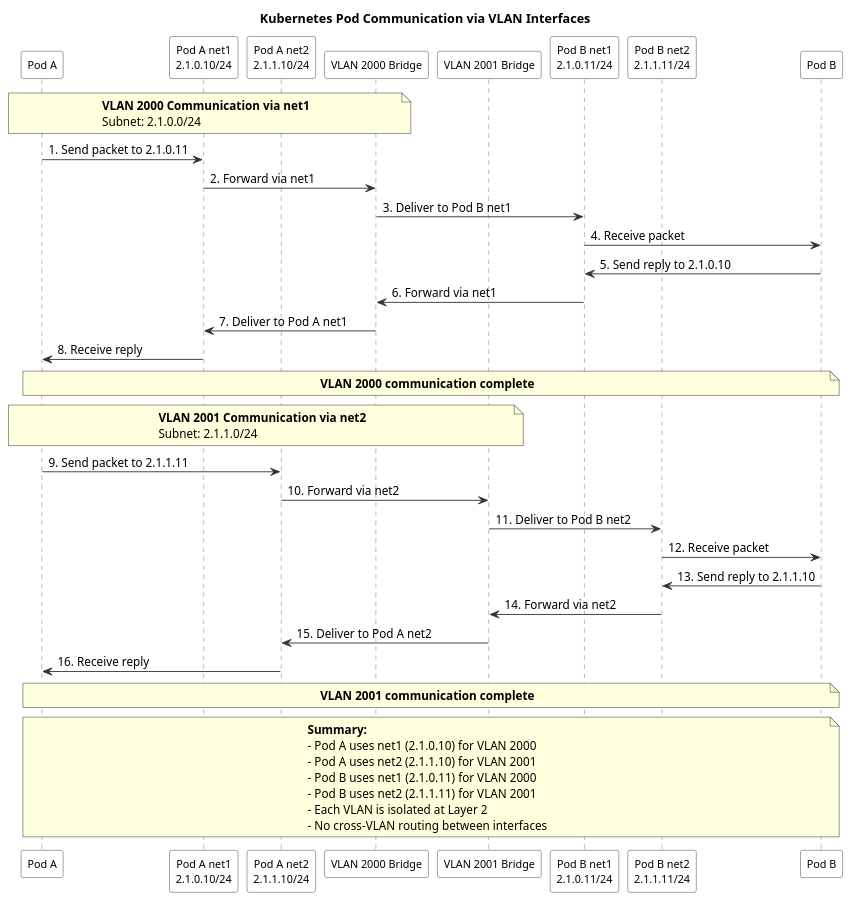
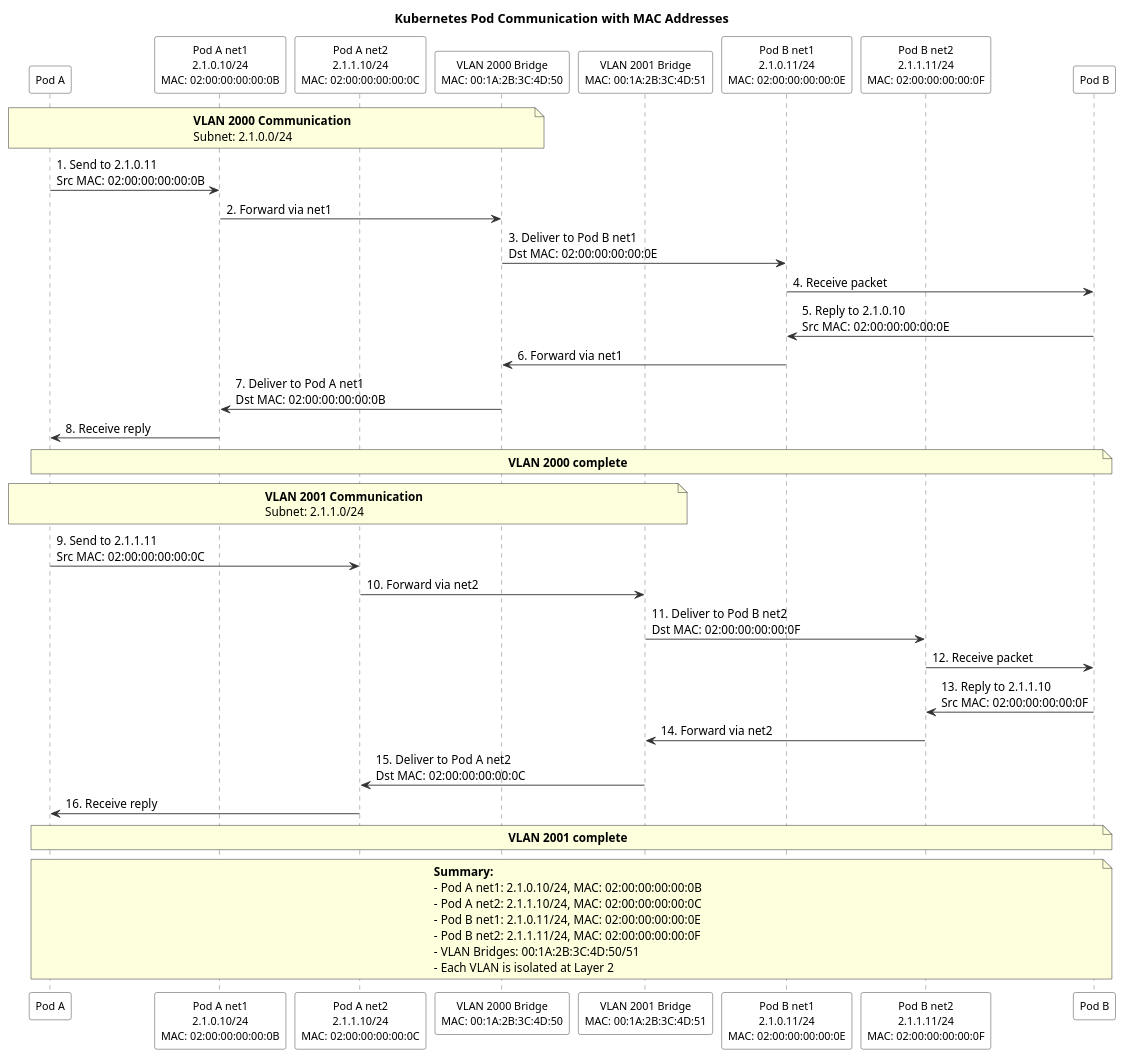
The diagram in implementation-layer/main/macvlan/network-communication-flow.puml (akley-MK4/kube-network), drawn with PlantUML before and after one commit.

```diff
--- a/implementation-layer/main/macvlan/network-communication-flow.puml
+++ b/implementation-layer/main/macvlan/network-communication-flow.puml
@@ -1,61 +1,61 @@
 @startuml
-title Kubernetes Pod Communication via VLAN Interfaces
+title Kubernetes Pod Communication with MAC Addresses
 
 skinparam sequence {
   ArrowColor #333333
   ActorBorderColor #333333
   LifeLineBorderColor #666666
   LifeLineBackgroundColor #F5F5F5
   ParticipantBorderColor #333333
   ParticipantBackgroundColor #FFFFFF
   ParticipantFontSize 12
 }
 
-' Define participants with network interfaces
+' Define participants with network interfaces and MAC addresses
 participant "Pod A" as PodA
-participant "Pod A net1\n2.1.0.10/24" as PodA_net1
-participant "Pod A net2\n2.1.1.10/24" as PodA_net2
-participant "VLAN 2000 Bridge" as VLAN2000
-participant "VLAN 2001 Bridge" as VLAN2001
-participant "Pod B net1\n2.1.0.11/24" as PodB_net1
-participant "Pod B net2\n2.1.1.11/24" as PodB_net2
+participant "Pod A net1\n2.1.0.10/24\nMAC: 02:00:00:00:00:0B" as PodA_net1
+participant "Pod A net2\n2.1.1.10/24\nMAC: 02:00:00:00:00:0C" as PodA_net2
+participant "VLAN 2000 Bridge\nMAC: 00:1A:2B:3C:4D:50" as VLAN2000
+participant "VLAN 2001 Bridge\nMAC: 00:1A:2B:3C:4D:51" as VLAN2001
+participant "Pod B net1\n2.1.0.11/24\nMAC: 02:00:00:00:00:0E" as PodB_net1
+participant "Pod B net2\n2.1.1.11/24\nMAC: 02:00:00:00:00:0F" as PodB_net2
 participant "Pod B" as PodB
 
 ' Communication via VLAN 2000 (net1 interfaces)
-note over PodA, VLAN2000: <b>VLAN 2000 Communication via net1</b>\nSubnet: 2.1.0.0/24
-PodA -> PodA_net1 : 1. Send packet to 2.1.0.11
+note over PodA, VLAN2000: <b>VLAN 2000 Communication</b>\nSubnet: 2.1.0.0/24
+PodA -> PodA_net1 : 1. Send to 2.1.0.11\nSrc MAC: 02:00:00:00:00:0B
 PodA_net1 -> VLAN2000 : 2. Forward via net1
-VLAN2000 -> PodB_net1 : 3. Deliver to Pod B net1
+VLAN2000 -> PodB_net1 : 3. Deliver to Pod B net1\nDst MAC: 02:00:00:00:00:0E
 PodB_net1 -> PodB : 4. Receive packet
 
-PodB -> PodB_net1 : 5. Send reply to 2.1.0.10
+PodB -> PodB_net1 : 5. Reply to 2.1.0.10\nSrc MAC: 02:00:00:00:00:0E
 PodB_net1 -> VLAN2000 : 6. Forward via net1
-VLAN2000 -> PodA_net1 : 7. Deliver to Pod A net1
+VLAN2000 -> PodA_net1 : 7. Deliver to Pod A net1\nDst MAC: 02:00:00:00:00:0B
 PodA_net1 -> PodA : 8. Receive reply
-note over PodA, PodB: <b>VLAN 2000 communication complete</b>
+note over PodA, PodB: <b>VLAN 2000 complete</b>
 
 ' Communication via VLAN 2001 (net2 interfaces)
-note over PodA, VLAN2001: <b>VLAN 2001 Communication via net2</b>\nSubnet: 2.1.1.0/24
-PodA -> PodA_net2 : 9. Send packet to 2.1.1.11
+note over PodA, VLAN2001: <b>VLAN 2001 Communication</b>\nSubnet: 2.1.1.0/24
+PodA -> PodA_net2 : 9. Send to 2.1.1.11\nSrc MAC: 02:00:00:00:00:0C
 PodA_net2 -> VLAN2001 : 10. Forward via net2
-VLAN2001 -> PodB_net2 : 11. Deliver to Pod B net2
+VLAN2001 -> PodB_net2 : 11. Deliver to Pod B net2\nDst MAC: 02:00:00:00:00:0F
 PodB_net2 -> PodB : 12. Receive packet
 
-PodB -> PodB_net2 : 13. Send reply to 2.1.1.10
+PodB -> PodB_net2 : 13. Reply to 2.1.1.10\nSrc MAC: 02:00:00:00:00:0F
 PodB_net2 -> VLAN2001 : 14. Forward via net2
-VLAN2001 -> PodA_net2 : 15. Deliver to Pod A net2
+VLAN2001 -> PodA_net2 : 15. Deliver to Pod A net2\nDst MAC: 02:00:00:00:00:0C
 PodA_net2 -> PodA : 16. Receive reply
-note over PodA, PodB: <b>VLAN 2001 communication complete</b>
+note over PodA, PodB: <b>VLAN 2001 complete</b>
 
 ' Summary
 note over PodA, PodB
 <b>Summary:</b>
-- Pod A uses net1 (2.1.0.10) for VLAN 2000
-- Pod A uses net2 (2.1.1.10) for VLAN 2001
-- Pod B uses net1 (2.1.0.11) for VLAN 2000
-- Pod B uses net2 (2.1.1.11) for VLAN 2001
+- Pod A net1: 2.1.0.10/24, MAC: 02:00:00:00:00:0B
+- Pod A net2: 2.1.1.10/24, MAC: 02:00:00:00:00:0C
+- Pod B net1: 2.1.0.11/24, MAC: 02:00:00:00:00:0E
+- Pod B net2: 2.1.1.11/24, MAC: 02:00:00:00:00:0F
+- VLAN Bridges: 00:1A:2B:3C:4D:50/51
 - Each VLAN is isolated at Layer 2
-- No cross-VLAN routing between interfaces
 end note
 
 @enduml
```
